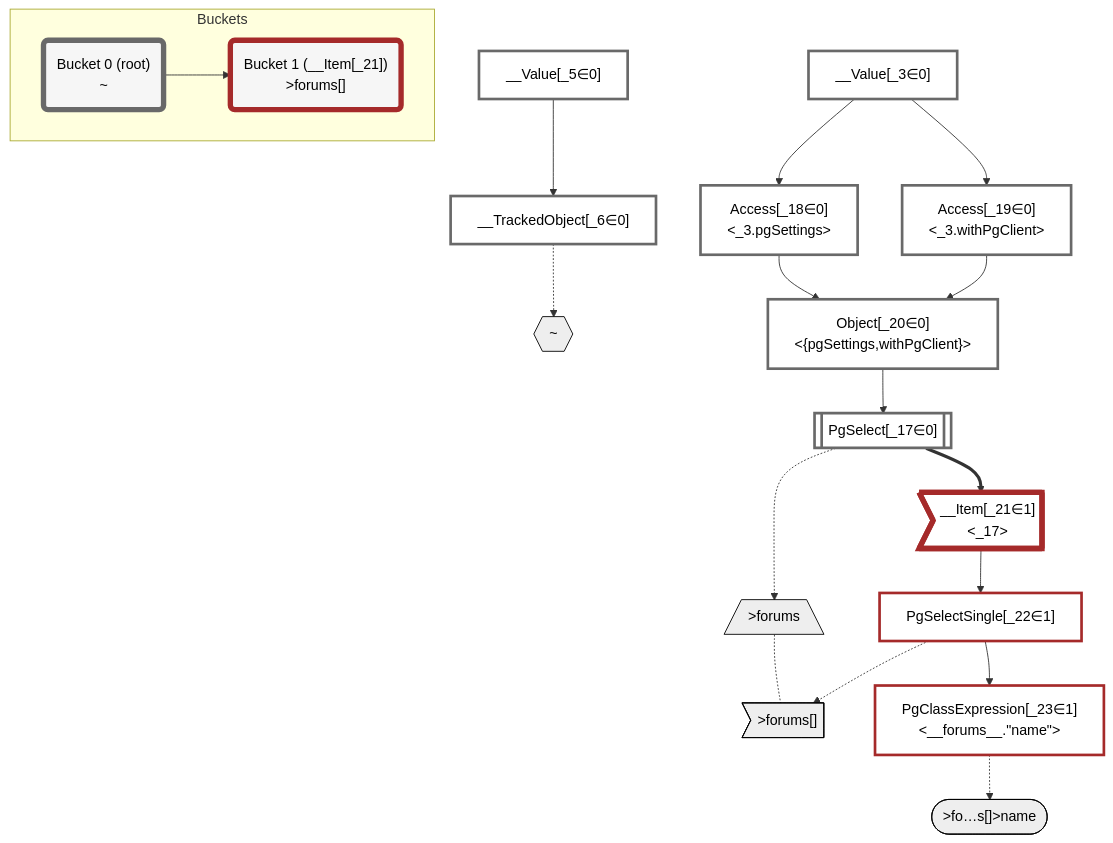
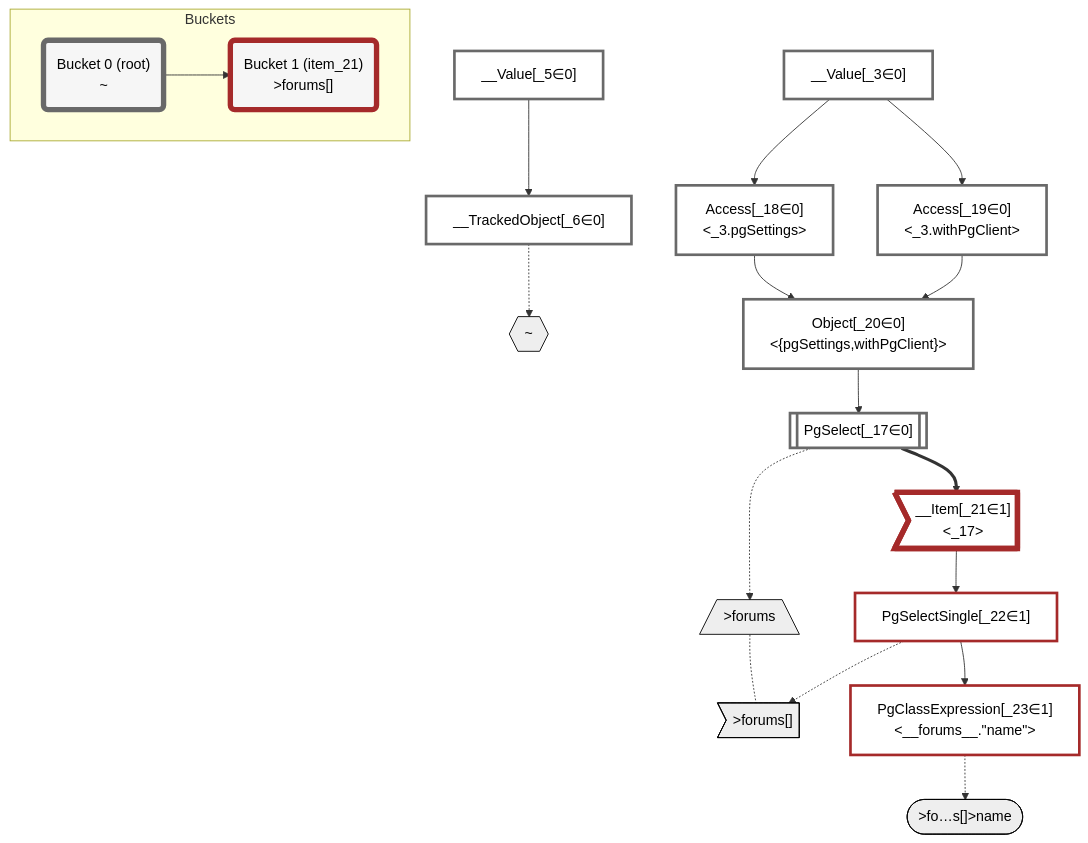
One commit to graphile/crystal changed the diagram in packages/dataplan-pg/__tests__/queries/super-simple/super-simple.mermaid.md. Above: the diagram before and after it, drawn with Mermaid. The commit also changed 159 other files, not shown here.

````diff
--- a/packages/dataplan-pg/__tests__/queries/super-simple/super-simple.mermaid.md
+++ b/packages/dataplan-pg/__tests__/queries/super-simple/super-simple.mermaid.md
@@ -1,61 +1,61 @@
 ```mermaid
 graph TD
     classDef path fill:#eee,stroke:#000,color:#000
     classDef plan fill:#fff,stroke-width:3px,color:#000
     classDef itemplan fill:#fff,stroke-width:6px,color:#000
     classDef sideeffectplan fill:#f00,stroke-width:6px,color:#000
     classDef bucket fill:#f6f6f6,color:#000,stroke-width:6px
 
     %% subgraph fields
     P1{{"~"}}:::path
     P2[/">forums"\]:::path
     P3>">forums[]"]:::path
     P2 -.- P3
     P4([">fo…s[]>name"]):::path
     %% P3 -.-> P4
     %% P1 -.-> P2
     %% end
 
     %% define plans
     __Value_3["__Value[_3∈0]<br /><context>"]:::plan
     __Value_5["__Value[_5∈0]<br /><rootValue>"]:::plan
     __TrackedObject_6["__TrackedObject[_6∈0]"]:::plan
     PgSelect_17[["PgSelect[_17∈0]<br /><forums>"]]:::plan
     Access_18["Access[_18∈0]<br /><_3.pgSettings>"]:::plan
     Access_19["Access[_19∈0]<br /><_3.withPgClient>"]:::plan
     Object_20["Object[_20∈0]<br /><{pgSettings,withPgClient}>"]:::plan
     __Item_21>"__Item[_21∈1]<br /><_17>"]:::itemplan
     PgSelectSingle_22["PgSelectSingle[_22∈1]<br /><forums>"]:::plan
     PgClassExpression_23["PgClassExpression[_23∈1]<br /><__forums__.#quot;name#quot;>"]:::plan
 
     %% plan dependencies
     __Value_5 --> __TrackedObject_6
     Object_20 --> PgSelect_17
     __Value_3 --> Access_18
     __Value_3 --> Access_19
     Access_18 --> Object_20
     Access_19 --> Object_20
     PgSelect_17 ==> __Item_21
     __Item_21 --> PgSelectSingle_22
     PgSelectSingle_22 --> PgClassExpression_23
 
     %% plan-to-path relationships
     __TrackedObject_6 -.-> P1
     PgSelect_17 -.-> P2
     PgSelectSingle_22 -.-> P3
     PgClassExpression_23 -.-> P4
 
     %% allocate buckets
     classDef bucket0 stroke:#696969
     class __Value_3,__Value_5,__TrackedObject_6,PgSelect_17,Access_18,Access_19,Object_20 bucket0
     classDef bucket1 stroke:#a52a2a
     class __Item_21,PgSelectSingle_22,PgClassExpression_23 bucket1
 
     subgraph Buckets
     Bucket0("Bucket 0 (root)<br />~"):::bucket
     style Bucket0 stroke:#696969
-    Bucket1("Bucket 1 (__Item[_21])<br />>forums[]"):::bucket
+    Bucket1("Bucket 1 (item_21)<br />>forums[]"):::bucket
     style Bucket1 stroke:#a52a2a
     Bucket0 --> Bucket1
     end
 ```
````
